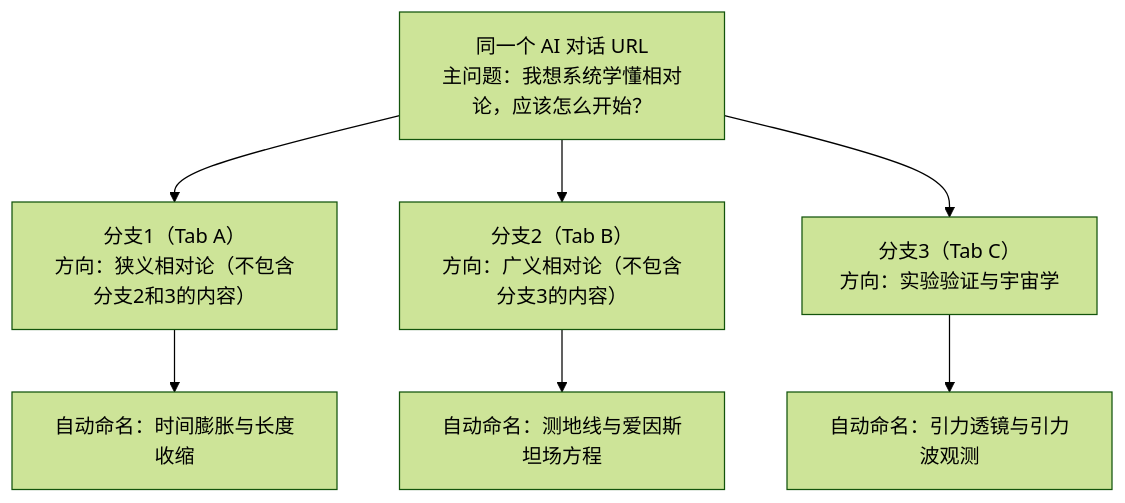
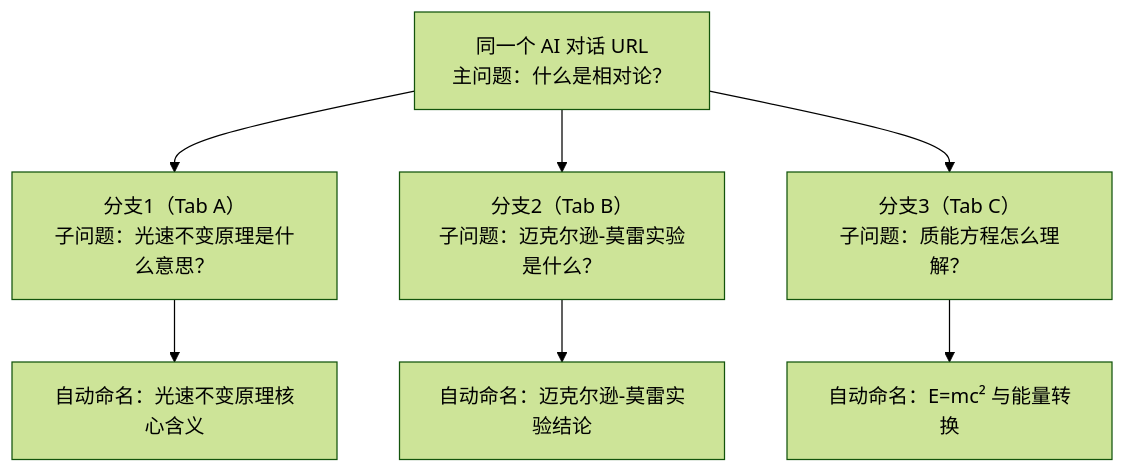
Before and after one commit to czxconcise-png/AIChatBranch: the diagram in README.md, drawn with Mermaid (forest theme). The commit also changed other lines of this file, not shown here.

Commit message:
docs: simplify one-chart section title

````diff
--- a/README.md
+++ b/README.md
@@ -32,11 +32,11 @@
 ```mermaid
 flowchart TD
-    A["同一个 AI 对话 URL<br/>主问题：我想系统学懂相对论，应该怎么开始？"]
-    A --> B["分支1（Tab A）<br/>方向：狭义相对论（不包含分支2和3的内容）"]
-    A --> C["分支2（Tab B）<br/>方向：广义相对论（不包含分支3的内容）"]
-    A --> D["分支3（Tab C）<br/>方向：实验验证与宇宙学"]
+    A["同一个 AI 对话 URL<br/>主问题：什么是相对论？"]
+    A --> B["分支1（Tab A）<br/>子问题：光速不变原理是什么意思？"]
+    A --> C["分支2（Tab B）<br/>子问题：迈克尔逊-莫雷实验是什么？"]
+    A --> D["分支3（Tab C）<br/>子问题：质能方程怎么理解？"]
 
-    B --> B1["自动命名：时间膨胀与长度收缩"]
-    C --> C1["自动命名：测地线与爱因斯坦场方程"]
-    D --> D1["自动命名：引力透镜与引力波观测"]
+    B --> B1["自动命名：光速不变原理核心含义"]
+    C --> C1["自动命名：迈克尔逊-莫雷实验结论"]
+    D --> D1["自动命名：E=mc² 与能量转换"]
 ```
````
